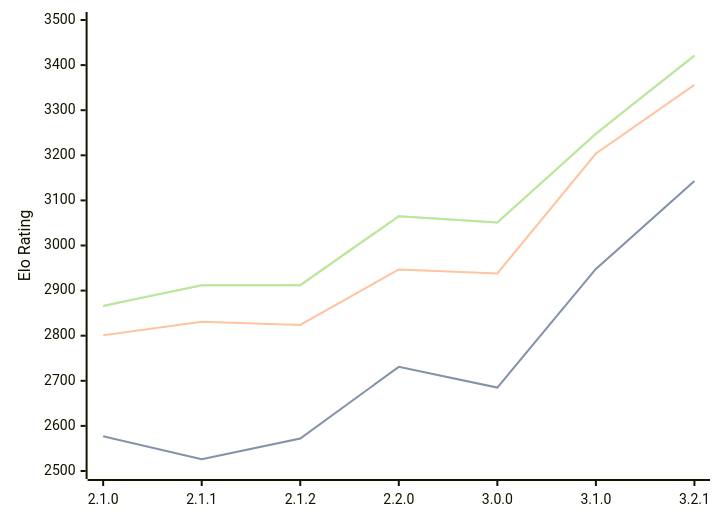
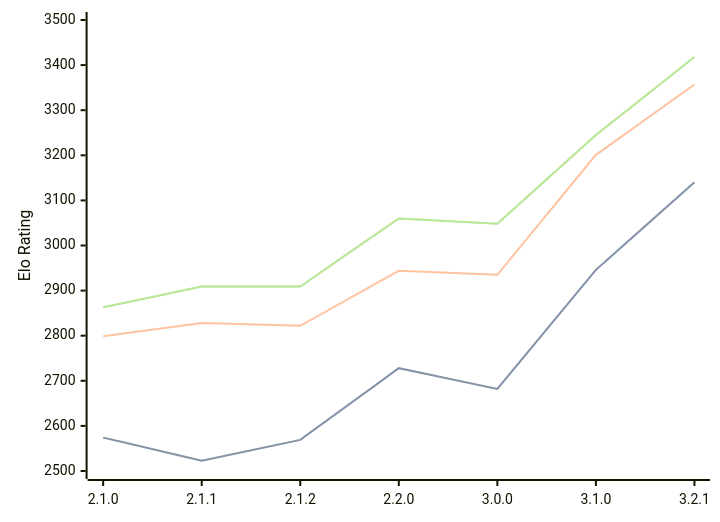
The diagram in engines/Prune.md (computer-chess-index/cci), drawn with Mermaid before and after one commit. The commit also changed other lines of this file, not shown here.

Commit message:
Update CCI Ratings (ELO VLTC) - 2026-03-10

````diff
--- a/engines/Prune.md
+++ b/engines/Prune.md
@@ -40,11 +40,11 @@
 ```mermaid
 %%{init: {"theme":"base","themeVariables":{"seriesColors:['#a3a3a3','#222221','#faa371']}}}%%
 xychart-beta
   x-axis ["2.1.0", "2.1.1", "2.1.2", "2.2.0", "3.0.0", "3.1.0", "3.2.1"]
   y-axis "Elo Rating" 2500 --> 3500
-  line "STC (8.0+0.08s)" [2577, 2526, 2572, 2731, 2685, 2948, 3143]
-  line "STC (8.0+0.08s)" [2577, 2526, 2572, 2731, 2685, 2948, 3143]
-  line "LTC (60.0+0.60s)" [2801, 2831, 2824, 2947, 2938, 3204, 3356]
-  line "VLTC (2m24s+1.12s)" [2866, 2912, 2912, 3065, 3051, 3248, 3421]
-  line "VLTC (2m24s+1.12s)" [2866, 2912, 2912, 3065, 3051, 3248, 3421]
+  line "STC (8.0+0.08s)" [2574, 2523, 2569, 2728, 2682, 2946, 3140]
+  line "STC (8.0+0.08s)" [2574, 2523, 2569, 2728, 2682, 2946, 3140]
+  line "LTC (60.0+0.60s)" [2799, 2828, 2822, 2944, 2935, 3201, 3357]
+  line "VLTC (2m24s+1.12s)" [2863, 2909, 2909, 3060, 3048, 3245, 3418]
+  line "VLTC (2m24s+1.12s)" [2863, 2909, 2909, 3060, 3048, 3245, 3418]
 ```
````
